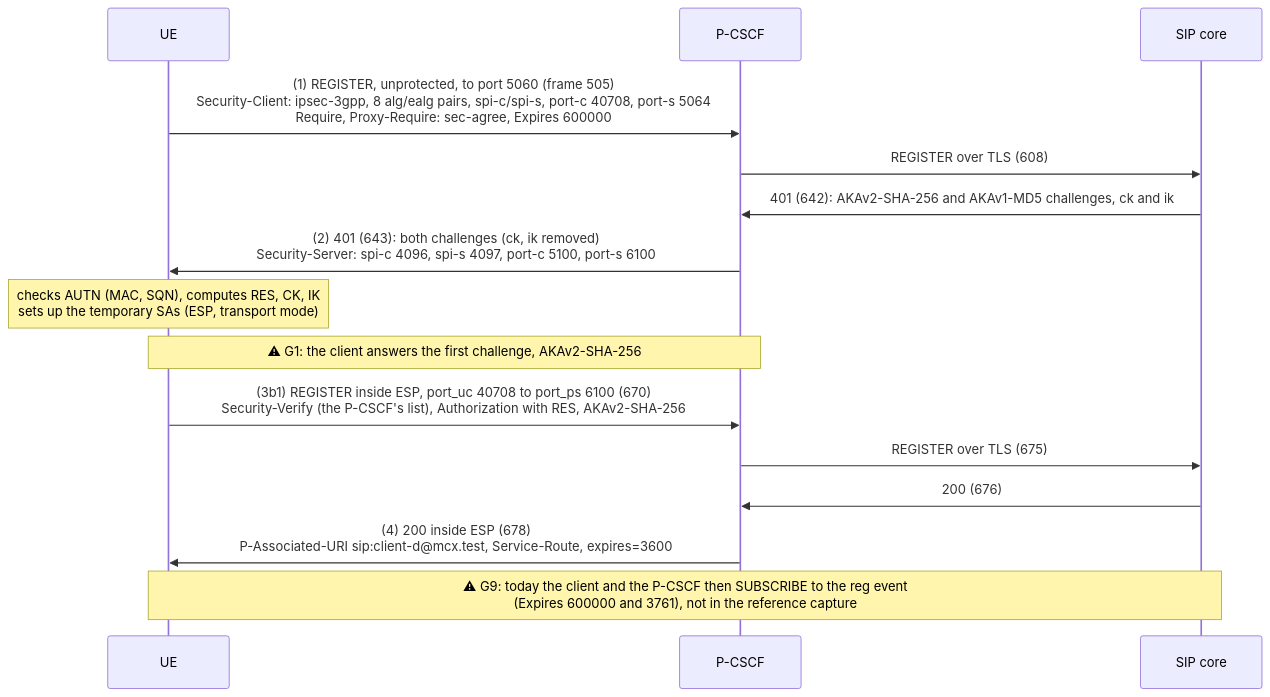
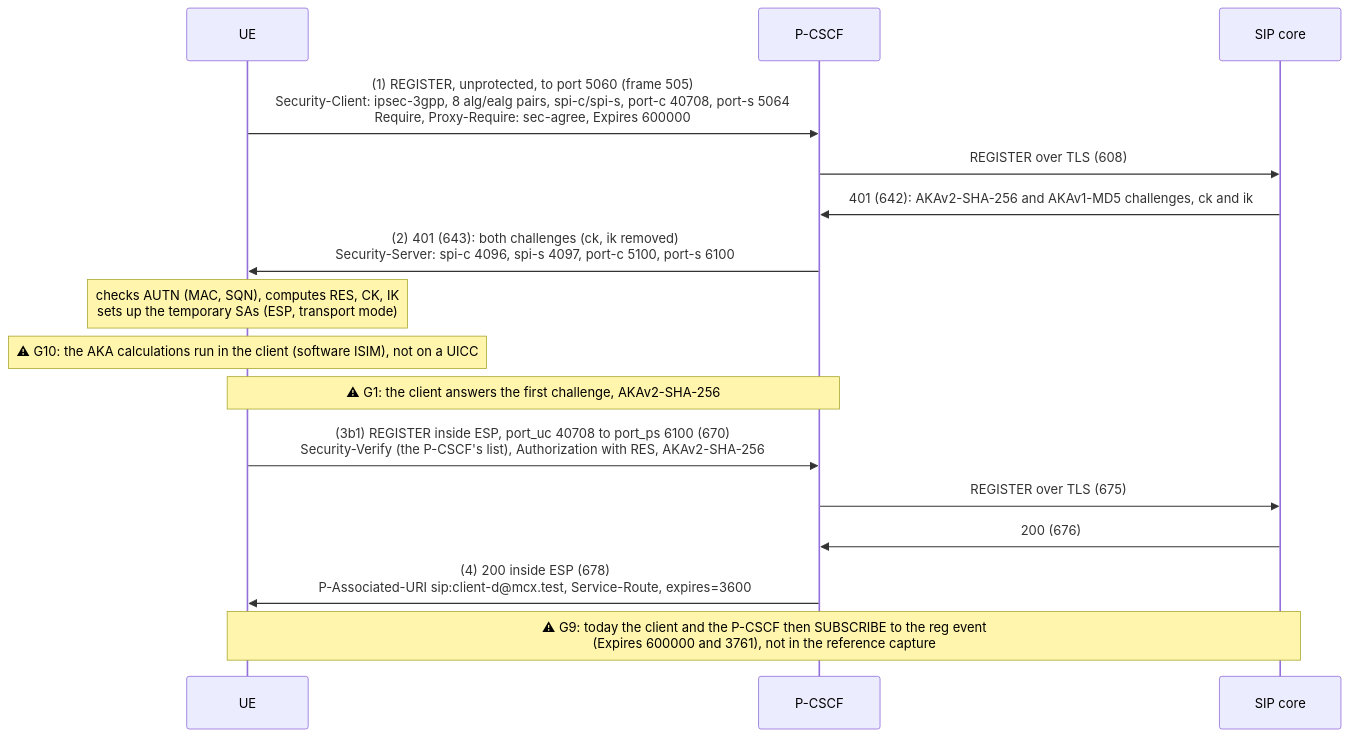
The third of 9 diagrams in tutorials/end-to-end/07-ims-aka-over-oai-5g/CALL_FLOW.md (openMCX/openmcx-server), drawn with Mermaid before and after one commit. The commit also changed other lines of this file and 2 other files, not shown here.

First line of the commit message:
Known limitations and tutorial 7: the Linux client's software ISIM as an own deviation (TS 33.203 clauses 4 and 9)

````diff
--- a/tutorials/end-to-end/07-ims-aka-over-oai-5g/CALL_FLOW.md
+++ b/tutorials/end-to-end/07-ims-aka-over-oai-5g/CALL_FLOW.md
@@ -104,17 +104,18 @@
 ```mermaid
 sequenceDiagram
     participant UE
     participant PC as P-CSCF
     participant SC as SIP core
     UE->>PC: (1) REGISTER, unprotected, to port 5060 (frame 505)<br/>Security-Client: ipsec-3gpp, 8 alg/ealg pairs, spi-c/spi-s, port-c 40708, port-s 5064<br/>Require, Proxy-Require: sec-agree, Expires 600000
     PC->>SC: REGISTER over TLS (608)
     SC->>PC: 401 (642): AKAv2-SHA-256 and AKAv1-MD5 challenges, ck and ik
     PC->>UE: (2) 401 (643): both challenges (ck, ik removed)<br/>Security-Server: spi-c 4096, spi-s 4097, port-c 5100, port-s 6100
     Note over UE: checks AUTN (MAC, SQN), computes RES, CK, IK<br/>sets up the temporary SAs (ESP, transport mode)
+    Note over UE: ⚠ G10: the AKA calculations run in the client (software ISIM), not on a UICC
     Note over UE,PC: ⚠ G1: the client answers the first challenge, AKAv2-SHA-256
     UE->>PC: (3b1) REGISTER inside ESP, port_uc 40708 to port_ps 6100 (670)<br/>Security-Verify (the P-CSCF's list), Authorization with RES, AKAv2-SHA-256
     PC->>SC: REGISTER over TLS (675)
     SC->>PC: 200 (676)
     PC->>UE: (4) 200 inside ESP (678)<br/>P-Associated-URI sip:client-d@mcx.test, Service-Route, expires=3600
     Note over UE,SC: ⚠ G9: today the client and the P-CSCF then SUBSCRIBE to the reg event<br/>(Expires 600000 and 3761), not in the reference capture
 ```
````
